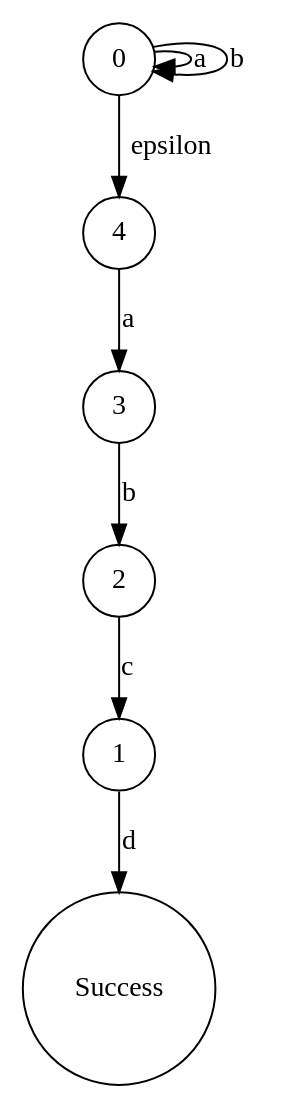
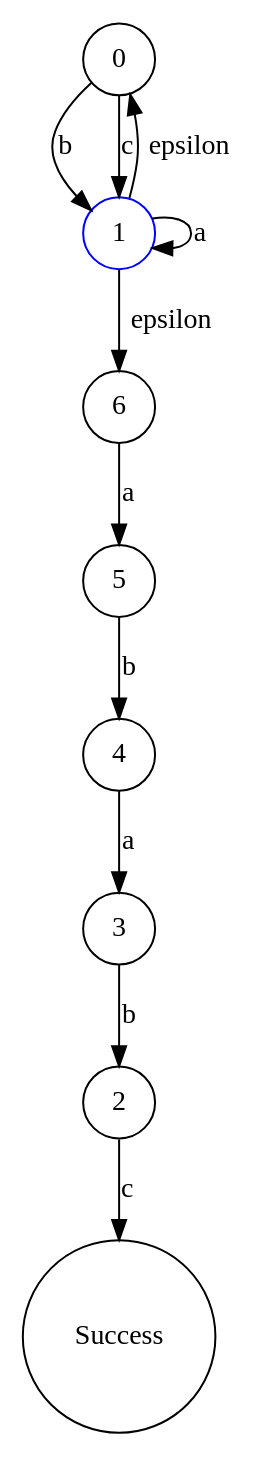
The diagram in MyRegEngine/bin/Debug/netcoreapp3.1/TestCase3.dot (ayanamists/MyRegEngine), drawn with Graphviz before and after one commit. The commit also changed 55 other files, not shown here.

```diff
--- a/MyRegEngine/bin/Debug/netcoreapp3.1/TestCase3.dot
+++ b/MyRegEngine/bin/Debug/netcoreapp3.1/TestCase3.dot
@@ -1,1 +1,1 @@
-digraph TestCase3 { 0 [shape=circle,label="0"]; 1 [shape=circle,label="1"]; 2 [shape=circle,label="2"]; 3 [shape=circle,label="3"]; 4 [shape=circle,label="4"]; 5 [shape=circle,label="Success"]; 0 -> 0[label="a"]; 0 -> 0[label="b"]; 0 -> 4[label="epsilon"]; 1 -> 5[label="d"]; 2 -> 1[label="c"]; 3 -> 2[label="b"]; 4 -> 3[label="a"]; }
+digraph TestCase3 { 0 [shape=circle,label="0",color="#000000"]; 1 [shape=circle,label="1",color="#0000FF"]; 2 [shape=circle,label="2",color="#000000"]; 3 [shape=circle,label="3",color="#000000"]; 4 [shape=circle,label="4",color="#000000"]; 5 [shape=circle,label="5",color="#000000"]; 6 [shape=circle,label="6",color="#000000"]; 7 [shape=circle,label="Success",color="#000000"]; 0 -> 1[label="b"]; 0 -> 1[label="c"]; 1 -> 0[label="epsilon"]; 1 -> 1[label="a"]; 1 -> 6[label="epsilon"]; 2 -> 7[label="c"]; 3 -> 2[label="b"]; 4 -> 3[label="a"]; 5 -> 4[label="b"]; 6 -> 5[label="a"]; }
```
